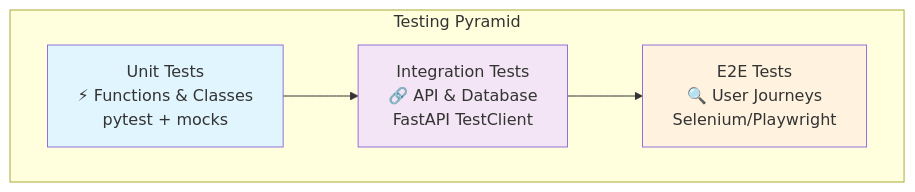
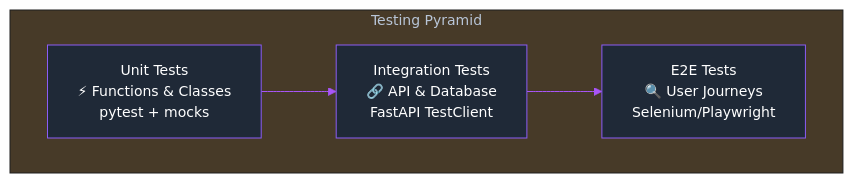
The diagram in docs/docs/testing.mdx (tarsonis125/mcp-crawl4ai-rag-ChromaDB-V1), drawn with Mermaid before and after one commit. The commit also changed 18 other files, not shown here.

````diff
--- a/docs/docs/testing.mdx
+++ b/docs/docs/testing.mdx
@@ -14,15 +14,27 @@
 ```mermaid
+%%{init:{
+  'theme':'base',
+  'themeVariables': {
+    'primaryColor':'#1f2937',
+    'primaryTextColor':'#ffffff',
+    'primaryBorderColor':'#8b5cf6',
+    'lineColor':'#a855f7',
+    'textColor':'#ffffff',
+    'fontFamily':'Inter',
+    'fontSize':'14px',
+    'background':'#000000',
+    'mainBkg':'#1f2937',
+    'secondBkg':'#111827',
+    'borderColor':'#8b5cf6'
+  }
+}}%%
 graph TB
     subgraph "Testing Pyramid"
         E2E["E2E Tests<br/>🔍 User Journeys<br/>Selenium/Playwright"]
         Integration["Integration Tests<br/>🔗 API & Database<br/>FastAPI TestClient"]
         Unit["Unit Tests<br/>⚡ Functions & Classes<br/>pytest + mocks"]
     end
 
     Unit --> Integration
     Integration --> E2E
-
-    style Unit fill:#e1f5fe
-    style Integration fill:#f3e5f5
-    style E2E fill:#fff3e0
 ```
````
